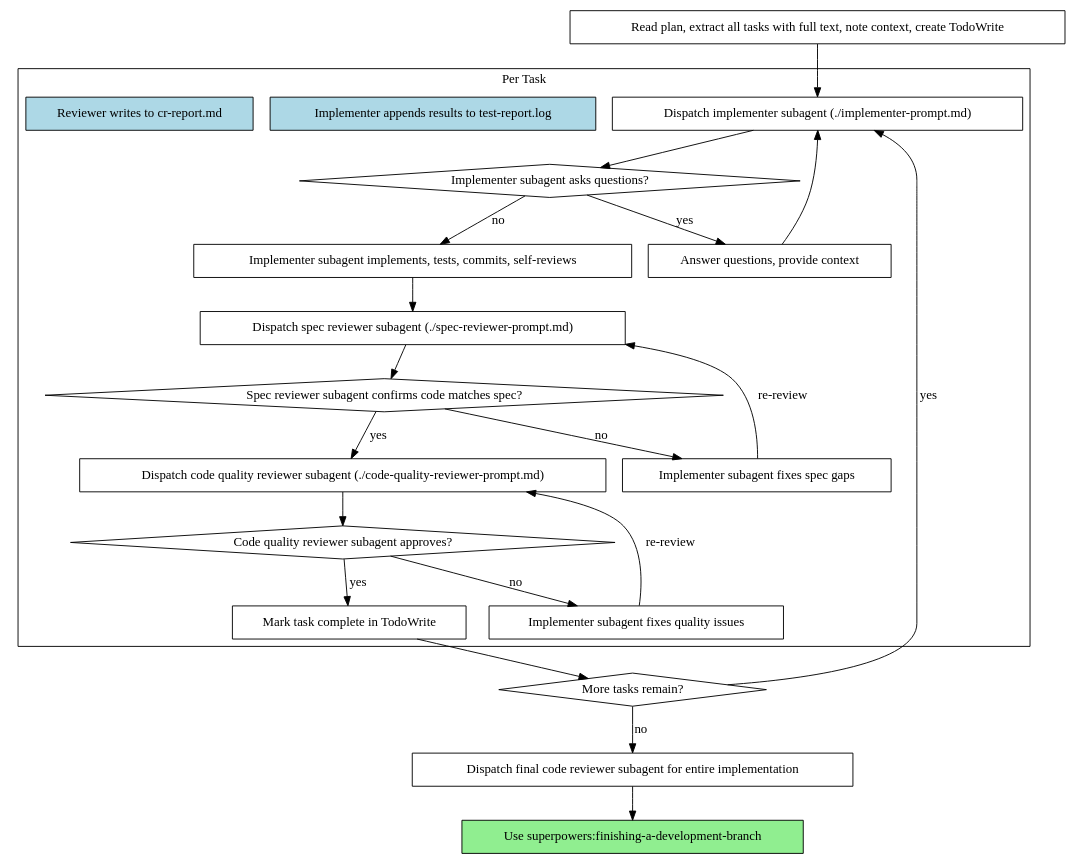
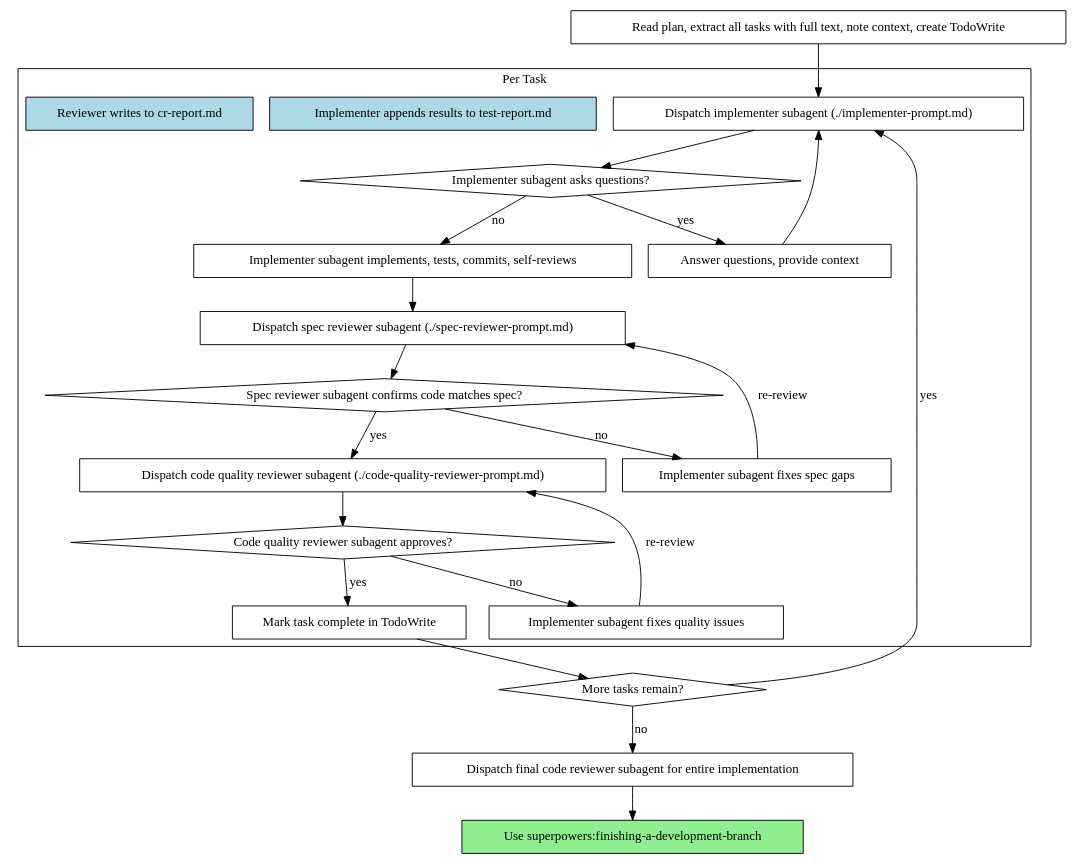
One commit to jerrydinguk-coder/superpowers changed the second of 2 diagrams in skills/subagent-driven-development/SKILL.md. Above: the diagram before and after it, drawn with Graphviz. The commit also changed other lines of this file and 2 other files, not shown here.

Commit message:
Enhance skills with mandatory command previews and safety confirmations

````diff
--- a/skills/subagent-driven-development/SKILL.md
+++ b/skills/subagent-driven-development/SKILL.md
@@ -46,46 +46,46 @@
 ```dot
 digraph process {
     rankdir=TB;
 
     subgraph cluster_per_task {
         label="Per Task";
         "Dispatch implementer subagent (./implementer-prompt.md)" [shape=box];
         "Implementer subagent asks questions?" [shape=diamond];
         "Answer questions, provide context" [shape=box];
         "Implementer subagent implements, tests, commits, self-reviews" [shape=box];
-        "Implementer appends results to test-report.log" [shape=box style=filled fillcolor=lightblue];
+        "Implementer appends results to test-report.md" [shape=box style=filled fillcolor=lightblue];
         "Dispatch spec reviewer subagent (./spec-reviewer-prompt.md)" [shape=box];
         "Spec reviewer subagent confirms code matches spec?" [shape=diamond];
         "Implementer subagent fixes spec gaps" [shape=box];
         "Dispatch code quality reviewer subagent (./code-quality-reviewer-prompt.md)" [shape=box];
         "Code quality reviewer subagent approves?" [shape=diamond];
         "Reviewer writes to cr-report.md" [shape=box style=filled fillcolor=lightblue];
         "Implementer subagent fixes quality issues" [shape=box];
         "Mark task complete in TodoWrite" [shape=box];
     }
 
     "Read plan, extract all tasks with full text, note context, create TodoWrite" [shape=box];
     "More tasks remain?" [shape=diamond];
     "Dispatch final code reviewer subagent for entire implementation" [shape=box];
     "Use superpowers:finishing-a-development-branch" [shape=box style=filled fillcolor=lightgreen];
 
     "Read plan, extract all tasks with full text, note context, create TodoWrite" -> "Dispatch implementer subagent (./implementer-prompt.md)";
     "Dispatch implementer subagent (./implementer-prompt.md)" -> "Implementer subagent asks questions?";
     "Implementer subagent asks questions?" -> "Answer questions, provide context" [label="yes"];
     "Answer questions, provide context" -> "Dispatch implementer subagent (./implementer-prompt.md)";
     "Implementer subagent asks questions?" -> "Implementer subagent implements, tests, commits, self-reviews" [label="no"];
     "Implementer subagent implements, tests, commits, self-reviews" -> "Dispatch spec reviewer subagent (./spec-reviewer-prompt.md)";
     "Dispatch spec reviewer subagent (./spec-reviewer-prompt.md)" -> "Spec reviewer subagent confirms code matches spec?";
     "Spec reviewer subagent confirms code matches spec?" -> "Implementer subagent fixes spec gaps" [label="no"];
     "Implementer subagent fixes spec gaps" -> "Dispatch spec reviewer subagent (./spec-reviewer-prompt.md)" [label="re-review"];
     "Spec reviewer subagent confirms code matches spec?" -> "Dispatch code quality reviewer subagent (./code-quality-reviewer-prompt.md)" [label="yes"];
     "Dispatch code quality reviewer subagent (./code-quality-reviewer-prompt.md)" -> "Code quality reviewer subagent approves?";
     "Code quality reviewer subagent approves?" -> "Implementer subagent fixes quality issues" [label="no"];
     "Implementer subagent fixes quality issues" -> "Dispatch code quality reviewer subagent (./code-quality-reviewer-prompt.md)" [label="re-review"];
     "Code quality reviewer subagent approves?" -> "Mark task complete in TodoWrite" [label="yes"];
     "Mark task complete in TodoWrite" -> "More tasks remain?";
     "More tasks remain?" -> "Dispatch implementer subagent (./implementer-prompt.md)" [label="yes"];
     "More tasks remain?" -> "Dispatch final code reviewer subagent for entire implementation" [label="no"];
     "Dispatch final code reviewer subagent for entire implementation" -> "Use superpowers:finishing-a-development-branch";
 }
 ```
````
